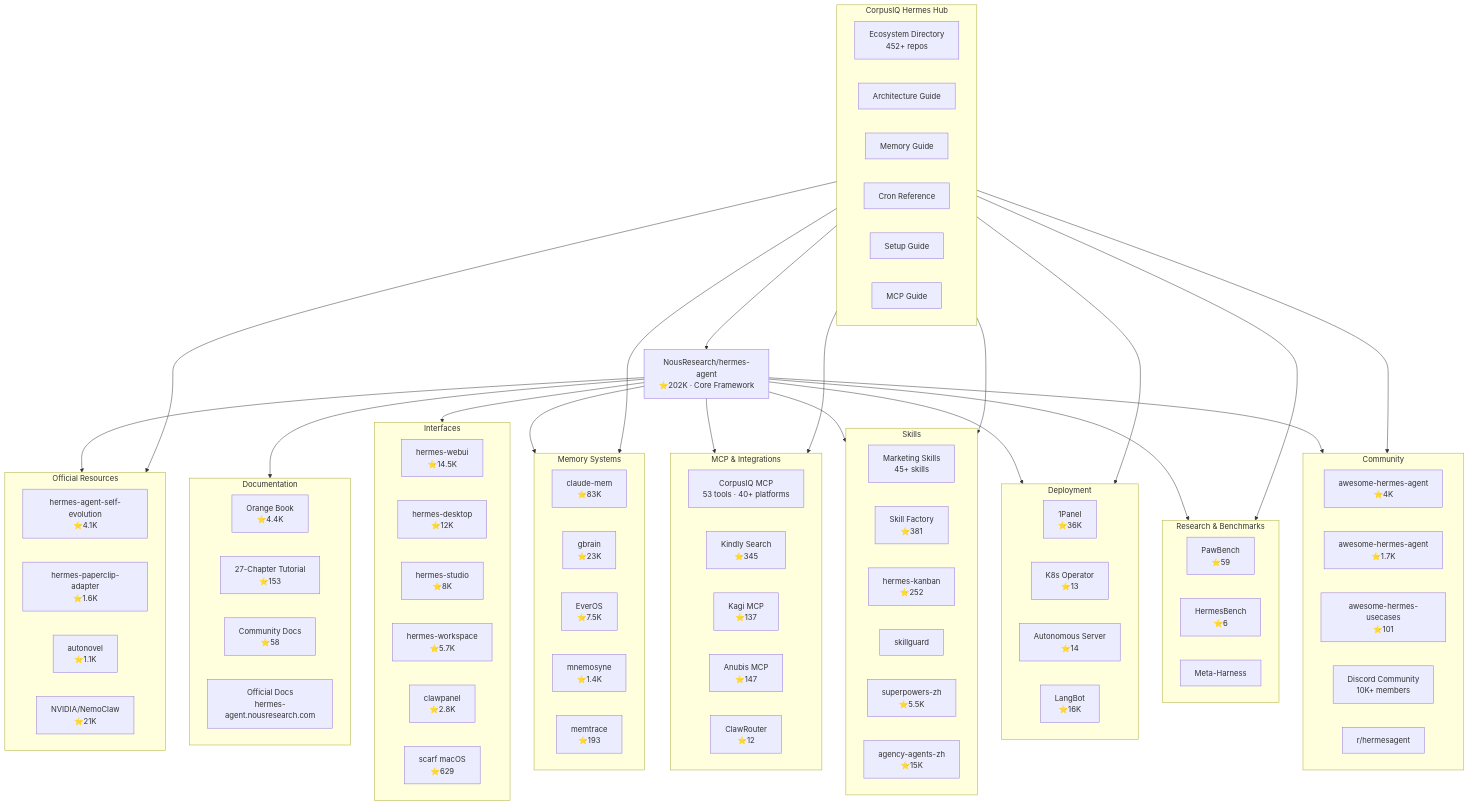
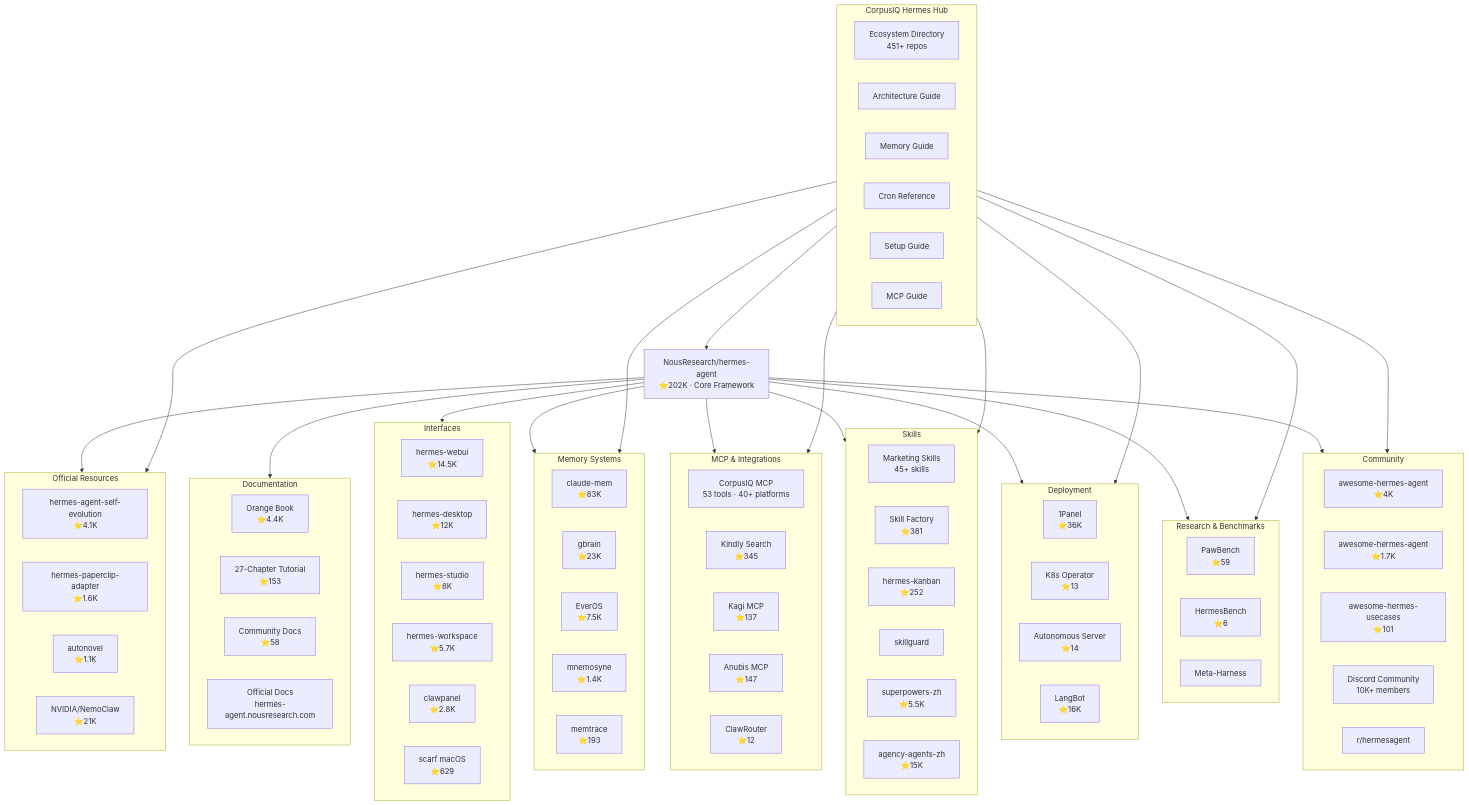
One commit to CorpusIQ/corpusiq-docs changed the first of 4 diagrams in hermes/ecosystem-map.md. Above: the diagram before and after it, drawn with Mermaid. The commit also changed other lines of this file and 39 other files, not shown here.

```diff
--- a/hermes/ecosystem-map.md
+++ b/hermes/ecosystem-map.md
@@ -88,7 +88,7 @@
     end
 
     subgraph CORPUSIQ_HUB[CorpusIQ Hermes Hub]
-        ECOSYSTEM[Ecosystem Directory<br/>452+ repos]
+        ECOSYSTEM[Ecosystem Directory<br/>451+ repos]
         ARCHITECTURE[Architecture Guide]
         KNOWLEDGE[Memory Guide]
         CRONS[Cron Reference]
```
